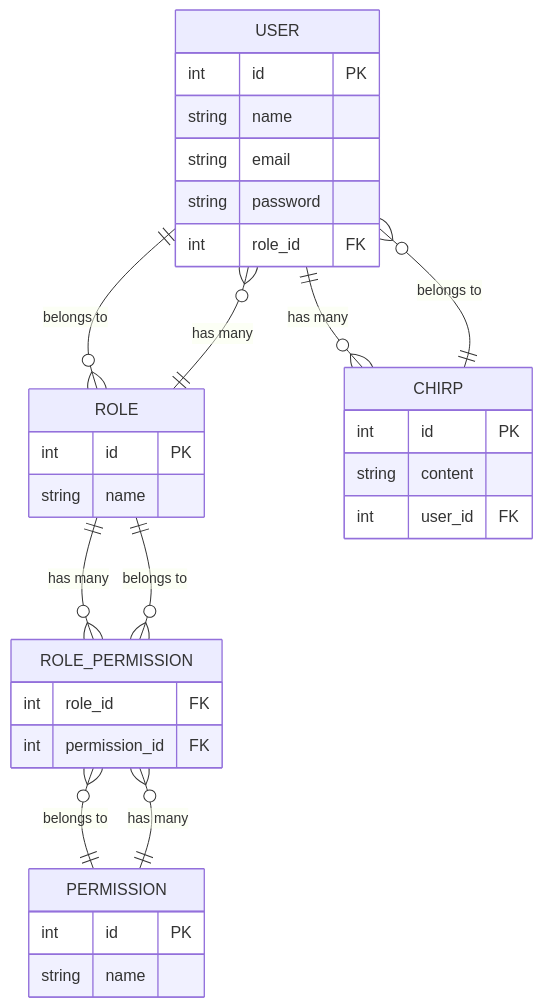
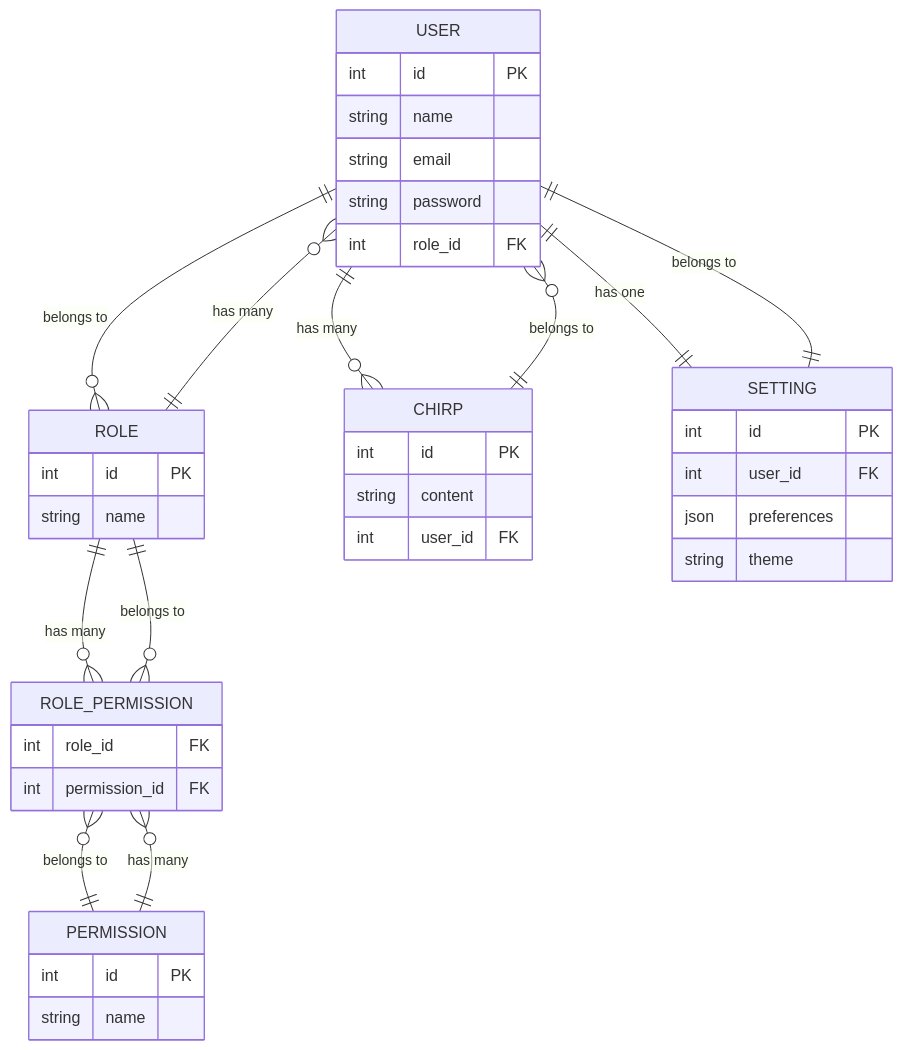
Before and after one commit to claymence/clay-laravel: the diagram in README.md, drawn with Mermaid. The commit also changed other lines of this file and 9 other files, not shown here.

Commit message:
model Setting added for storing user settings, relations set, route etc added

````diff
--- a/README.md
+++ b/README.md
@@ -29,40 +29,49 @@
 ```mermaid
 erDiagram
     USER {
         int id PK
         string name
         string email
         string password
         int role_id FK
     }
     
     ROLE {
         int id PK
         string name
     }
     
     PERMISSION {
         int id PK
         string name
     }
     
     CHIRP {
         int id PK
         string content
         int user_id FK
     }
     
     ROLE_PERMISSION {
         int role_id FK
         int permission_id FK
     }
     
+    SETTING {
+        int id PK
+        int user_id FK
+        json preferences
+        string theme
+    }
+    
     USER ||--o{ ROLE : "belongs to"
     ROLE ||--o{ USER : "has many"
     USER ||--o{ CHIRP : "has many"
     CHIRP ||--o{ USER : "belongs to"
     ROLE ||--o{ ROLE_PERMISSION : "has many"
     PERMISSION ||--o{ ROLE_PERMISSION : "has many"
     ROLE_PERMISSION }o--|| ROLE : "belongs to"
     ROLE_PERMISSION }o--|| PERMISSION : "belongs to"
+    USER ||--|| SETTING : "has one"
+    SETTING ||--|| USER : "belongs to"
 ```
````
